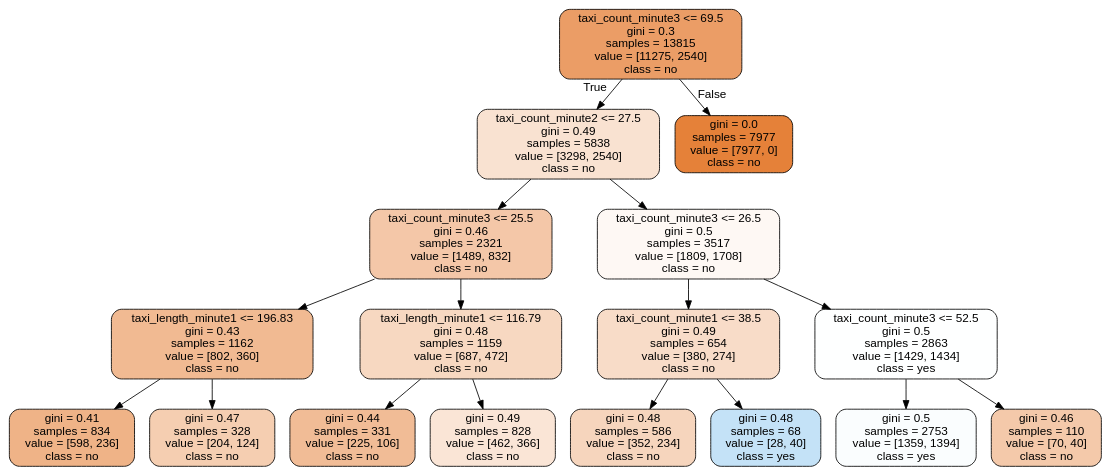
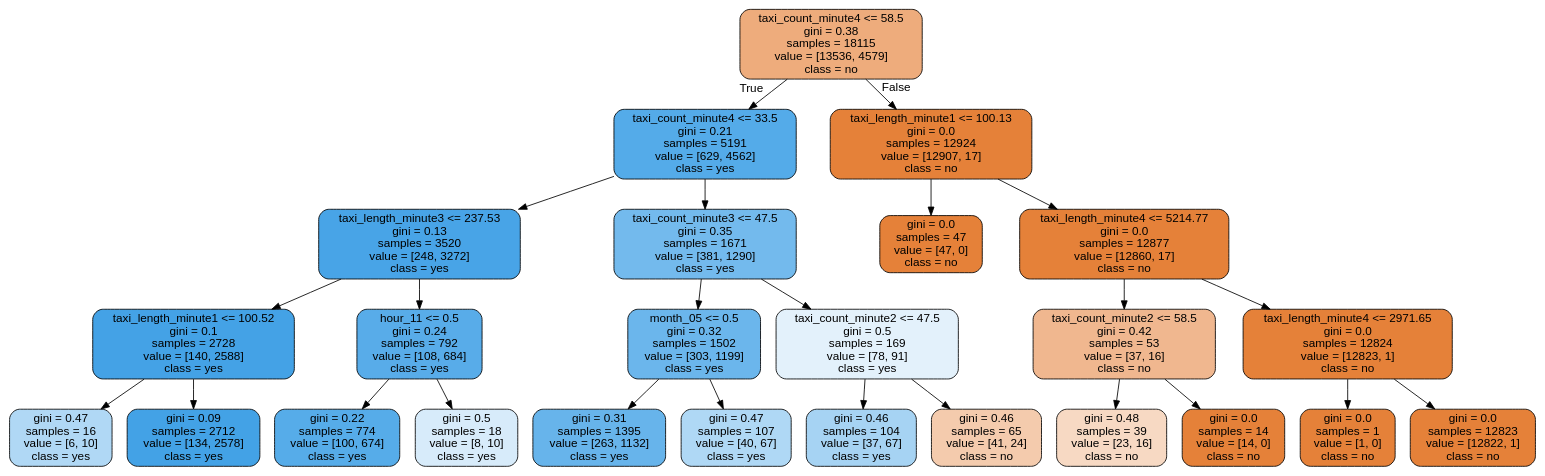
One commit to DungDinhDungDinh/capstone_project changed the diagram in t1_should_go.dot. Above: the diagram before and after it, drawn with Graphviz. The commit also changed 550 other files, not shown here.

```diff
--- a/t1_should_go.dot
+++ b/t1_should_go.dot
@@ -1,37 +1,53 @@
 digraph Tree {
 node [shape=box, style="filled, rounded", color="black", fontname="helvetica"] ;
 edge [fontname="helvetica"] ;
-0 [label="taxi_count_minute3 <= 69.5\ngini = 0.3\nsamples = 13815\nvalue = [11275, 2540]\nclass = no", fillcolor="#eb9d66"] ;
-1 [label="taxi_count_minute2 <= 27.5\ngini = 0.49\nsamples = 5838\nvalue = [3298, 2540]\nclass = no", fillcolor="#f9e2d1"] ;
+0 [label="taxi_count_minute4 <= 58.5\ngini = 0.38\nsamples = 18115\nvalue = [13536, 4579]\nclass = no", fillcolor="#eeac7c"] ;
+1 [label="taxi_count_minute4 <= 33.5\ngini = 0.21\nsamples = 5191\nvalue = [629, 4562]\nclass = yes", fillcolor="#54abe9"] ;
 0 -> 1 [labeldistance=2.5, labelangle=45, headlabel="True"] ;
-2 [label="taxi_count_minute3 <= 25.5\ngini = 0.46\nsamples = 2321\nvalue = [1489, 832]\nclass = no", fillcolor="#f4c7a8"] ;
+2 [label="taxi_length_minute3 <= 237.53\ngini = 0.13\nsamples = 3520\nvalue = [248, 3272]\nclass = yes", fillcolor="#48a4e7"] ;
 1 -> 2 ;
-3 [label="taxi_length_minute1 <= 196.83\ngini = 0.43\nsamples = 1162\nvalue = [802, 360]\nclass = no", fillcolor="#f1ba92"] ;
+3 [label="taxi_length_minute1 <= 100.52\ngini = 0.1\nsamples = 2728\nvalue = [140, 2588]\nclass = yes", fillcolor="#44a2e6"] ;
 2 -> 3 ;
-4 [label="gini = 0.41\nsamples = 834\nvalue = [598, 236]\nclass = no", fillcolor="#efb387"] ;
+4 [label="gini = 0.47\nsamples = 16\nvalue = [6, 10]\nclass = yes", fillcolor="#b0d8f5"] ;
 3 -> 4 ;
-5 [label="gini = 0.47\nsamples = 328\nvalue = [204, 124]\nclass = no", fillcolor="#f5ceb1"] ;
+5 [label="gini = 0.09\nsamples = 2712\nvalue = [134, 2578]\nclass = yes", fillcolor="#43a2e6"] ;
 3 -> 5 ;
-6 [label="taxi_length_minute1 <= 116.79\ngini = 0.48\nsamples = 1159\nvalue = [687, 472]\nclass = no", fillcolor="#f7d8c1"] ;
+6 [label="hour_11 <= 0.5\ngini = 0.24\nsamples = 792\nvalue = [108, 684]\nclass = yes", fillcolor="#58ace9"] ;
 2 -> 6 ;
-7 [label="gini = 0.44\nsamples = 331\nvalue = [225, 106]\nclass = no", fillcolor="#f1bc96"] ;
+7 [label="gini = 0.22\nsamples = 774\nvalue = [100, 674]\nclass = yes", fillcolor="#56ace9"] ;
 6 -> 7 ;
-8 [label="gini = 0.49\nsamples = 828\nvalue = [462, 366]\nclass = no", fillcolor="#fae5d6"] ;
+8 [label="gini = 0.5\nsamples = 18\nvalue = [8, 10]\nclass = yes", fillcolor="#d7ebfa"] ;
 6 -> 8 ;
-9 [label="taxi_count_minute3 <= 26.5\ngini = 0.5\nsamples = 3517\nvalue = [1809, 1708]\nclass = no", fillcolor="#fef8f4"] ;
+9 [label="taxi_count_minute3 <= 47.5\ngini = 0.35\nsamples = 1671\nvalue = [381, 1290]\nclass = yes", fillcolor="#73baed"] ;
 1 -> 9 ;
-10 [label="taxi_count_minute1 <= 38.5\ngini = 0.49\nsamples = 654\nvalue = [380, 274]\nclass = no", fillcolor="#f8dcc8"] ;
+10 [label="month_05 <= 0.5\ngini = 0.32\nsamples = 1502\nvalue = [303, 1199]\nclass = yes", fillcolor="#6bb6ec"] ;
 9 -> 10 ;
-11 [label="gini = 0.48\nsamples = 586\nvalue = [352, 234]\nclass = no", fillcolor="#f6d5bd"] ;
+11 [label="gini = 0.31\nsamples = 1395\nvalue = [263, 1132]\nclass = yes", fillcolor="#67b4eb"] ;
 10 -> 11 ;
-12 [label="gini = 0.48\nsamples = 68\nvalue = [28, 40]\nclass = yes", fillcolor="#c4e2f7"] ;
+12 [label="gini = 0.47\nsamples = 107\nvalue = [40, 67]\nclass = yes", fillcolor="#afd8f5"] ;
 10 -> 12 ;
-13 [label="taxi_count_minute3 <= 52.5\ngini = 0.5\nsamples = 2863\nvalue = [1429, 1434]\nclass = yes", fillcolor="#feffff"] ;
+13 [label="taxi_count_minute2 <= 47.5\ngini = 0.5\nsamples = 169\nvalue = [78, 91]\nclass = yes", fillcolor="#e3f1fb"] ;
 9 -> 13 ;
-14 [label="gini = 0.5\nsamples = 2753\nvalue = [1359, 1394]\nclass = yes", fillcolor="#fafdfe"] ;
+14 [label="gini = 0.46\nsamples = 104\nvalue = [37, 67]\nclass = yes", fillcolor="#a6d3f3"] ;
 13 -> 14 ;
-15 [label="gini = 0.46\nsamples = 110\nvalue = [70, 40]\nclass = no", fillcolor="#f4c9aa"] ;
+15 [label="gini = 0.46\nsamples = 65\nvalue = [41, 24]\nclass = no", fillcolor="#f4cbad"] ;
 13 -> 15 ;
-16 [label="gini = 0.0\nsamples = 7977\nvalue = [7977, 0]\nclass = no", fillcolor="#e58139"] ;
+16 [label="taxi_length_minute1 <= 100.13\ngini = 0.0\nsamples = 12924\nvalue = [12907, 17]\nclass = no", fillcolor="#e58139"] ;
 0 -> 16 [labeldistance=2.5, labelangle=-45, headlabel="False"] ;
+17 [label="gini = 0.0\nsamples = 47\nvalue = [47, 0]\nclass = no", fillcolor="#e58139"] ;
+16 -> 17 ;
+18 [label="taxi_length_minute4 <= 5214.77\ngini = 0.0\nsamples = 12877\nvalue = [12860, 17]\nclass = no", fillcolor="#e58139"] ;
+16 -> 18 ;
+19 [label="taxi_count_minute2 <= 58.5\ngini = 0.42\nsamples = 53\nvalue = [37, 16]\nclass = no", fillcolor="#f0b78f"] ;
+18 -> 19 ;
+20 [label="gini = 0.48\nsamples = 39\nvalue = [23, 16]\nclass = no", fillcolor="#f7d9c3"] ;
+19 -> 20 ;
+21 [label="gini = 0.0\nsamples = 14\nvalue = [14, 0]\nclass = no", fillcolor="#e58139"] ;
+19 -> 21 ;
+22 [label="taxi_length_minute4 <= 2971.65\ngini = 0.0\nsamples = 12824\nvalue = [12823, 1]\nclass = no", fillcolor="#e58139"] ;
+18 -> 22 ;
+23 [label="gini = 0.0\nsamples = 1\nvalue = [1, 0]\nclass = no", fillcolor="#e58139"] ;
+22 -> 23 ;
+24 [label="gini = 0.0\nsamples = 12823\nvalue = [12822, 1]\nclass = no", fillcolor="#e58139"] ;
+22 -> 24 ;
 }
```
